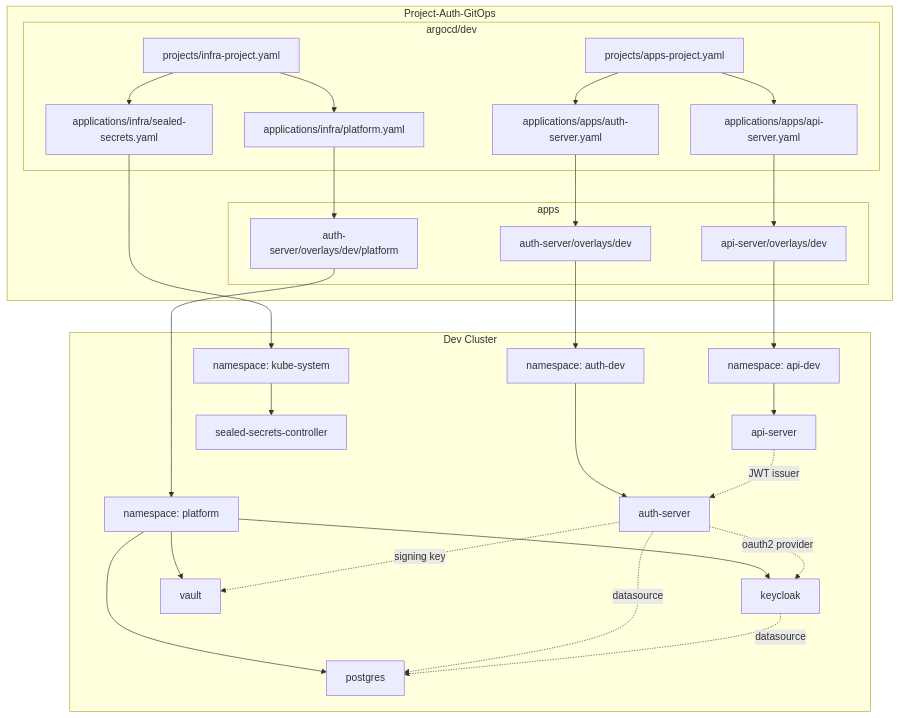
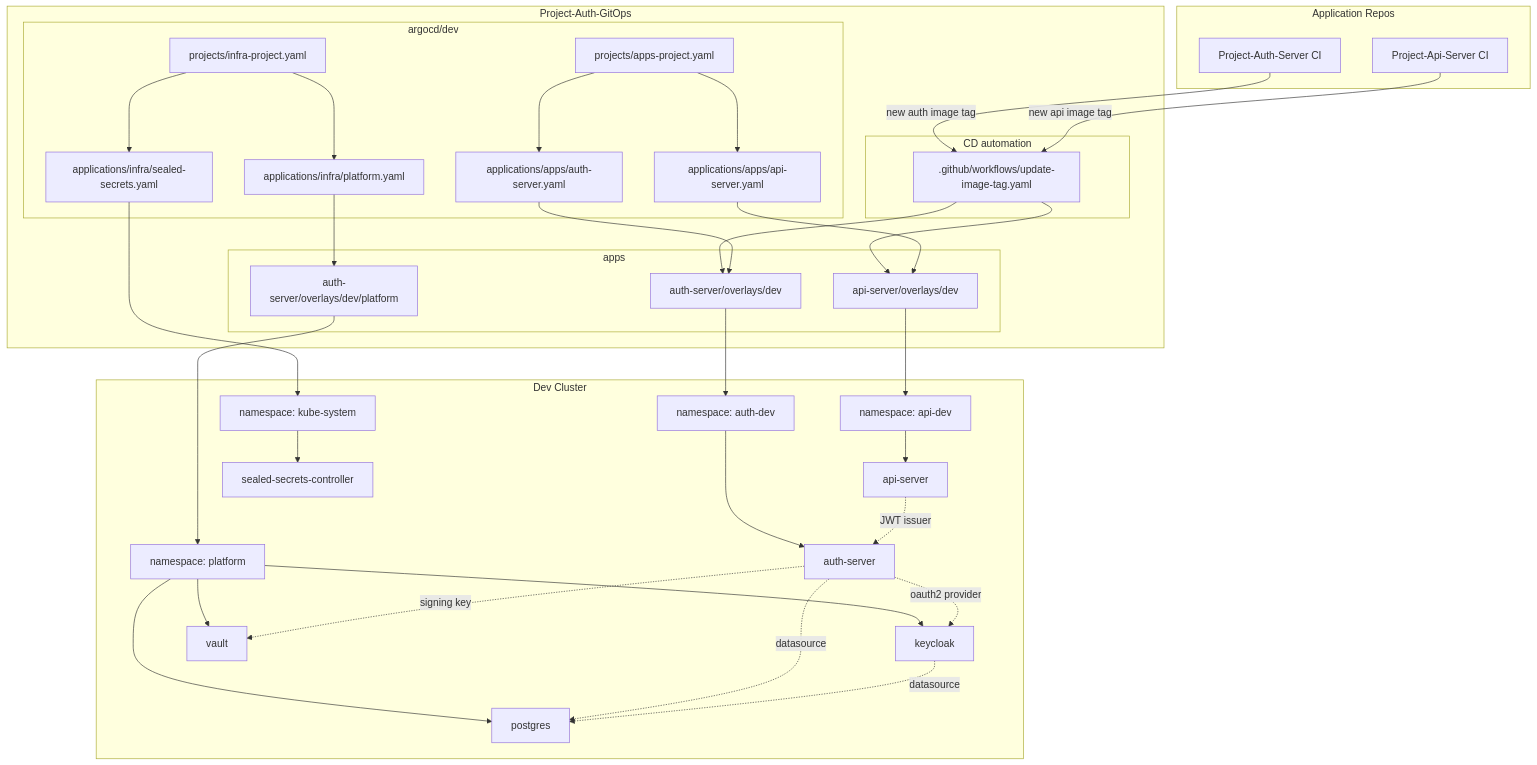
One commit to DongHyeonka/Project-Auth-GitOps changed the first of 9 diagrams in README.md. Above: the diagram before and after it, drawn with Mermaid. The commit also changed other lines of this file and 3 other files, not shown here.

````diff
--- a/README.md
+++ b/README.md
@@ -9,59 +9,73 @@
 ```mermaid
 flowchart TD
+  subgraph APP_REPOS[Application Repos]
+    R1[Project-Auth-Server CI]
+    R2[Project-Api-Server CI]
+  end
+
   subgraph REPO[Project-Auth-GitOps]
+    subgraph AUTOMATION[CD automation]
+      U1[.github/workflows/update-image-tag.yaml]
+    end
+
     subgraph ARGO[argocd/dev]
       P1[projects/apps-project.yaml]
       P2[projects/infra-project.yaml]
       A1[applications/apps/auth-server.yaml]
       A2[applications/apps/api-server.yaml]
       A3[applications/infra/platform.yaml]
       A4[applications/infra/sealed-secrets.yaml]
     end
 
     subgraph MANIFESTS[apps]
       M1[auth-server/overlays/dev]
       M2[api-server/overlays/dev]
       M3[auth-server/overlays/dev/platform]
     end
   end
 
   subgraph CLUSTER[Dev Cluster]
     N1[namespace: auth-dev]
     N2[namespace: api-dev]
     N3[namespace: platform]
     N4[namespace: kube-system]
     W1[auth-server]
     W2[api-server]
     W3[postgres]
     W4[keycloak]
     W5[vault]
     W6[sealed-secrets-controller]
   end
 
+  R1 -->|new auth image tag| U1
+  R2 -->|new api image tag| U1
+  U1 --> M1
+  U1 --> M2
+
   P1 --> A1
   P1 --> A2
   P2 --> A3
   P2 --> A4
 
   A1 --> M1
   A2 --> M2
   A3 --> M3
 
   M1 --> N1
   M2 --> N2
   M3 --> N3
   A4 --> N4
 
   N1 --> W1
   N2 --> W2
   N3 --> W3
   N3 --> W4
   N3 --> W5
   N4 --> W6
 
   W2 -. JWT issuer .-> W1
   W1 -. datasource .-> W3
   W1 -. oauth2 provider .-> W4
   W1 -. signing key .-> W5
   W4 -. datasource .-> W3
 ```
````
